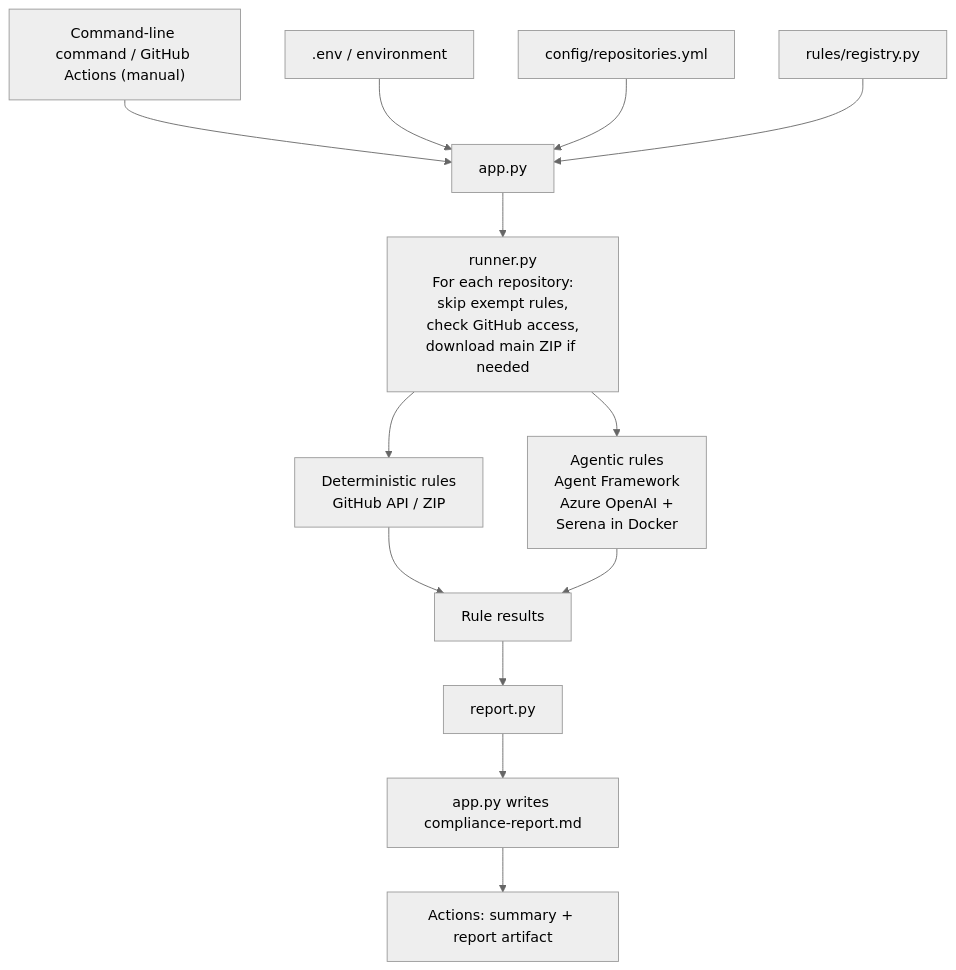
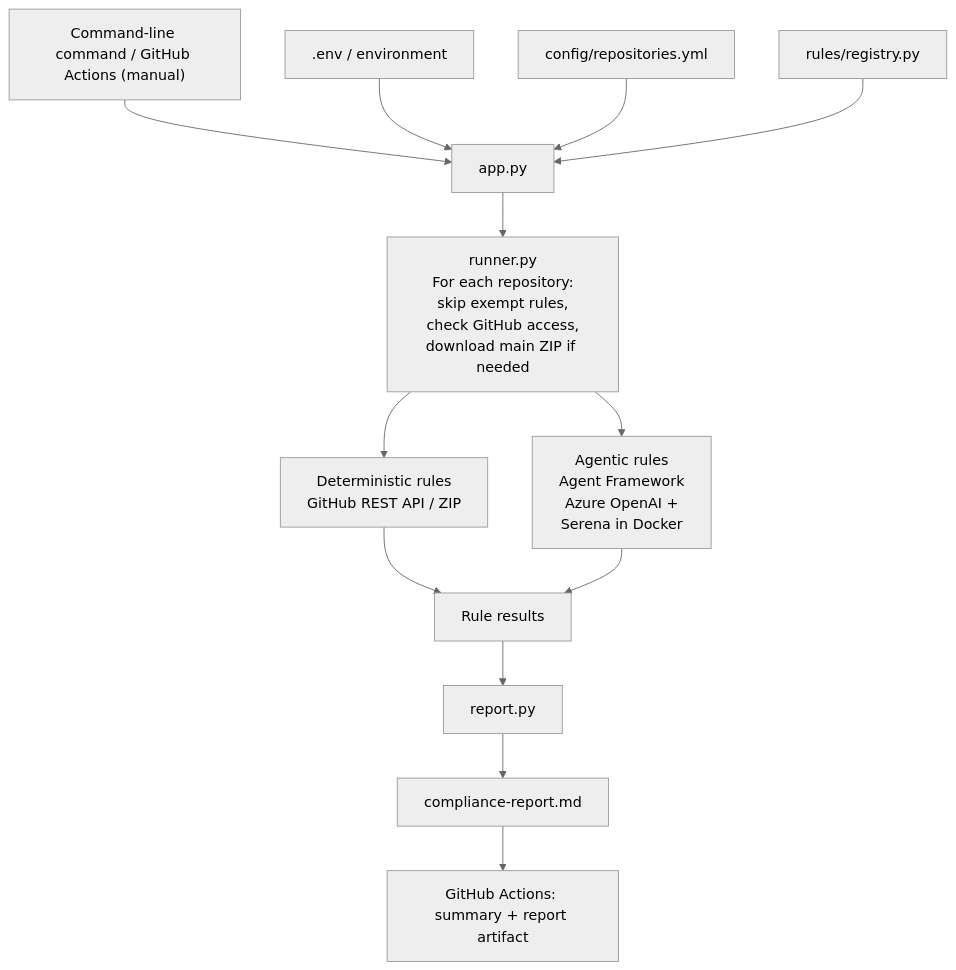
One commit to pete-mcg/repo-compliance changed the diagram in docs/architecture.md. Above: the diagram before and after it, drawn with Mermaid (neutral theme). The commit also changed 12 other files, not shown here.

````diff
--- a/docs/architecture.md
+++ b/docs/architecture.md
@@ -5,15 +5,15 @@
 ```mermaid
 flowchart TD
     command["Command-line command / GitHub Actions (manual)"] --> app[app.py]
     environment[.env / environment] --> app
     repositories[config/repositories.yml] --> app
     registry[rules/registry.py] --> app
     app --> runner[runner.py<br/>For each repository:<br/>skip exempt rules,<br/>check GitHub access,<br/>download main ZIP if needed]
-    runner --> deterministic[Deterministic rules<br/>GitHub API / ZIP]
+    runner --> deterministic[Deterministic rules<br/>GitHub REST API / ZIP]
     runner --> agentic[Agentic rules<br/>Agent Framework<br/>Azure OpenAI +<br/>Serena in Docker]
     deterministic --> results[Rule results]
     agentic --> results
     results --> report[report.py]
-    report --> write[app.py writes compliance-report.md]
-    write --> actions[Actions: summary + report artifact]
+    report --> write[compliance-report.md]
+    write --> actions[GitHub Actions: summary + report artifact]
 ```
````
